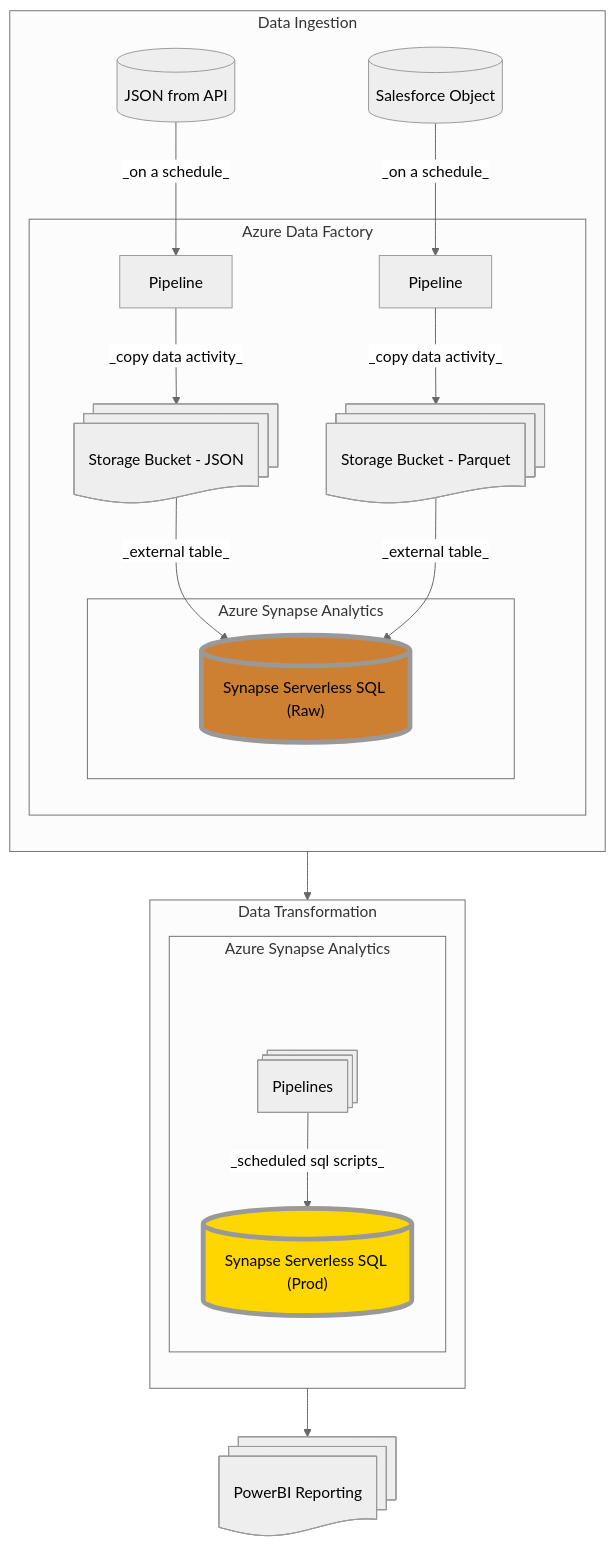
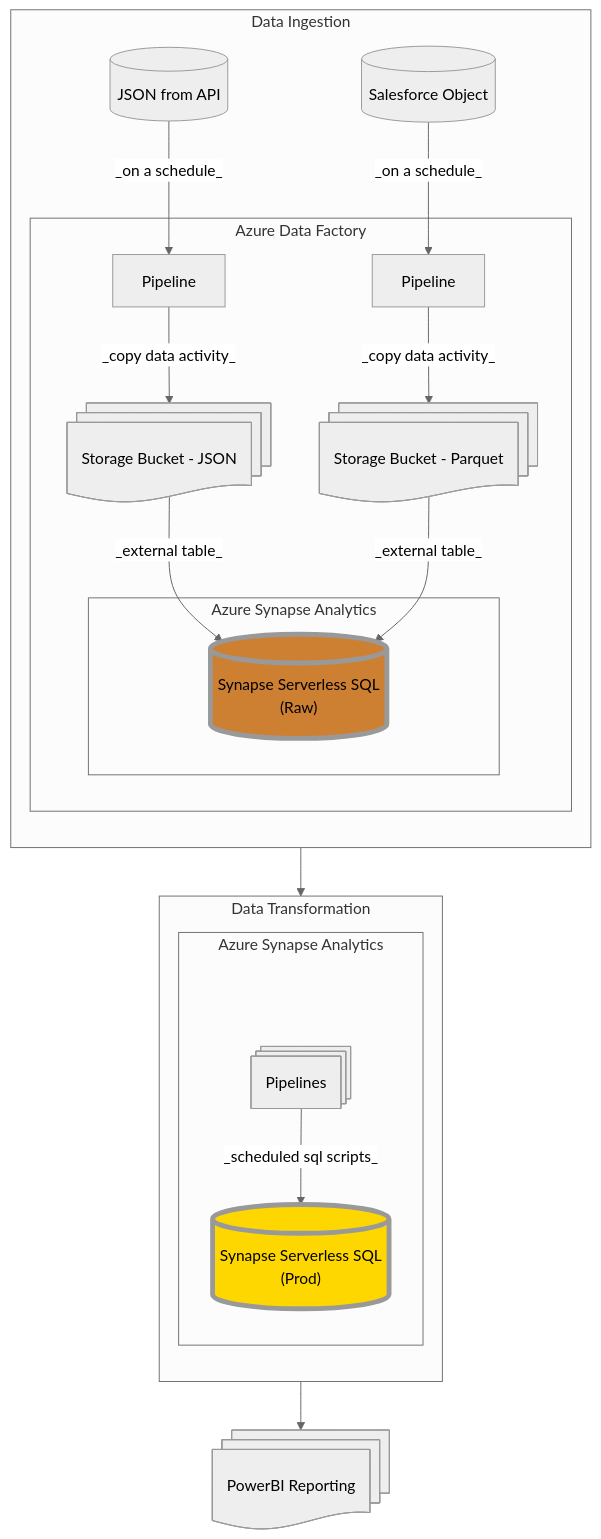
One commit to chris-purpleotter/po-demos changed the second of 2 diagrams in README.md. Above: the diagram before and after it, drawn with Mermaid. The commit also changed other lines of this file, not shown here.

````diff
--- a/README.md
+++ b/README.md
@@ -64,47 +102,47 @@
 ```mermaid
 ---
 config:
   theme: 'neutral'
 ---
 flowchart TB
-    synapse_raw@{ shape: cyl, label: "Synapse Serverless SQL (Raw)"}
+    synapse_raw@{ shape: cyl, label: "Synapse Serverless SQL \n (Raw)"}
         style synapse_raw fill: #CD7F32, stroke-width:5px
-    synapse_prod@{ shape: cyl, label: "Synapse Serverless SQL (Prod)"}
+    synapse_prod@{ shape: cyl, label: "Synapse Serverless SQL \n (Prod)"}
         style synapse_prod fill: #FFD700, stroke-width:5px
     sf@{ shape: cyl, label: "Salesforce Object" }
     trx@{ shape: cyl, label: "JSON from API"}
     storage_json@{ shape: docs, label: "Storage Bucket - JSON" }
     storage_parquet@{ shape: docs, label: "Storage Bucket - Parquet" }
     adf_pipeline1@{ shape: process, label: "Pipeline"}
     adf_pipeline2@{ shape: process, label: "Pipeline"}
     as_pipeline1@{ shape: processes, label: "Pipelines"}
     bi@{ shape: docs, label: "PowerBI Reporting" }
     spacer[ ]
         style spacer opacity:0,height:5px
 
     subgraph ingestion["Data Ingestion"]
         direction TB
         sf --> |_on a schedule_| adf_pipeline2
         trx --> |_on a schedule_| adf_pipeline1
         subgraph adf["Azure Data Factory"]
             adf_pipeline1 --> |_copy data activity_| storage_json
             adf_pipeline2 --> |_copy data activity_| storage_parquet
             storage_json --> |_external table_| synapse_raw
             storage_parquet --> |_external table_| synapse_raw
             subgraph asa["Azure Synapse Analytics"]
                 synapse_raw
             end
         end
     end
 
     subgraph transformation["Data Transformation"]
         direction TB
         subgraph asa2["Azure Synapse Analytics"]
             spacer ~~~ as_pipeline1
             as_pipeline1 --> |_scheduled sql scripts_| synapse_prod
         end
     end
 
     synapse_raw --> as_pipeline1
     synapse_prod --> bi
 ```
````
